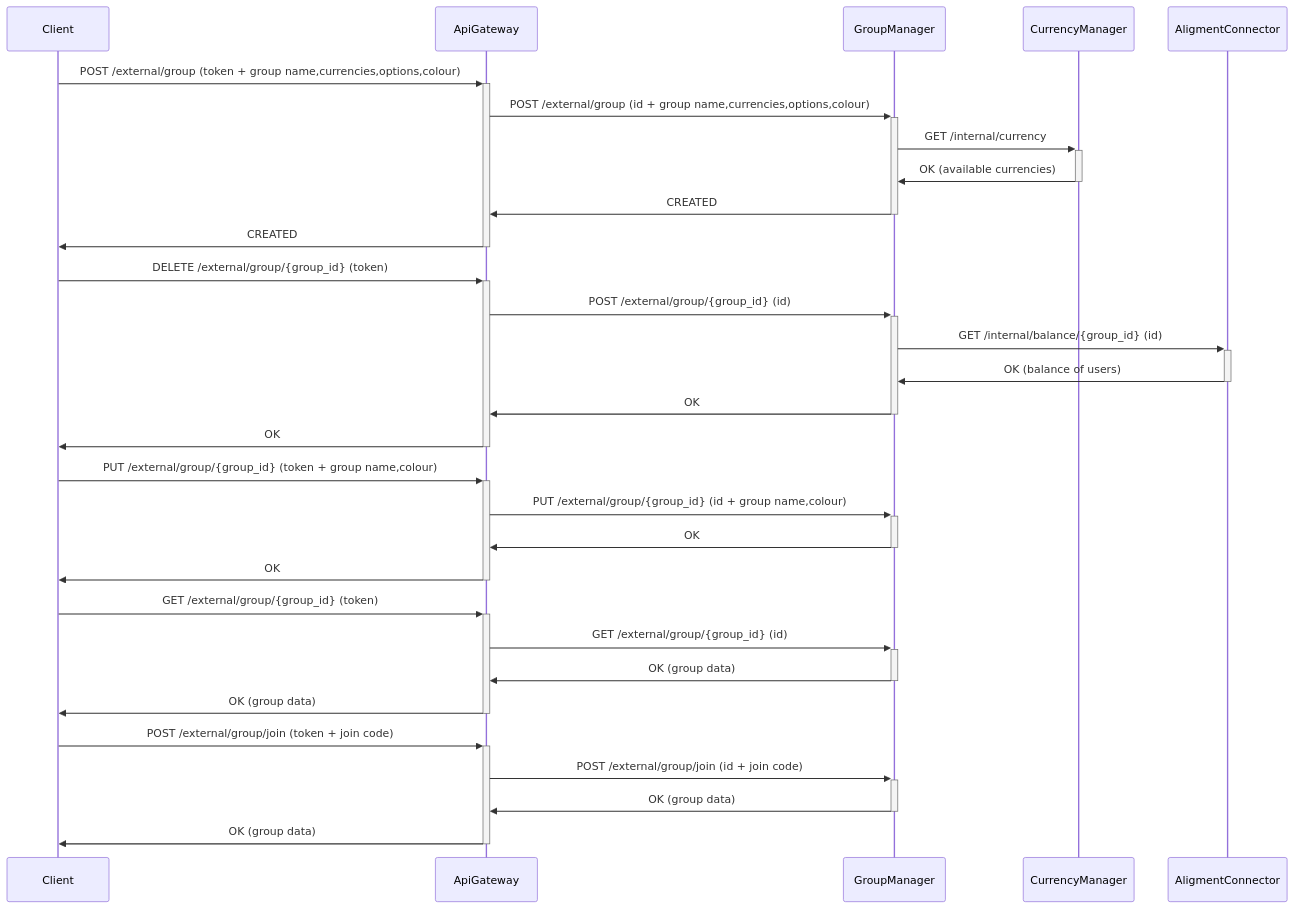
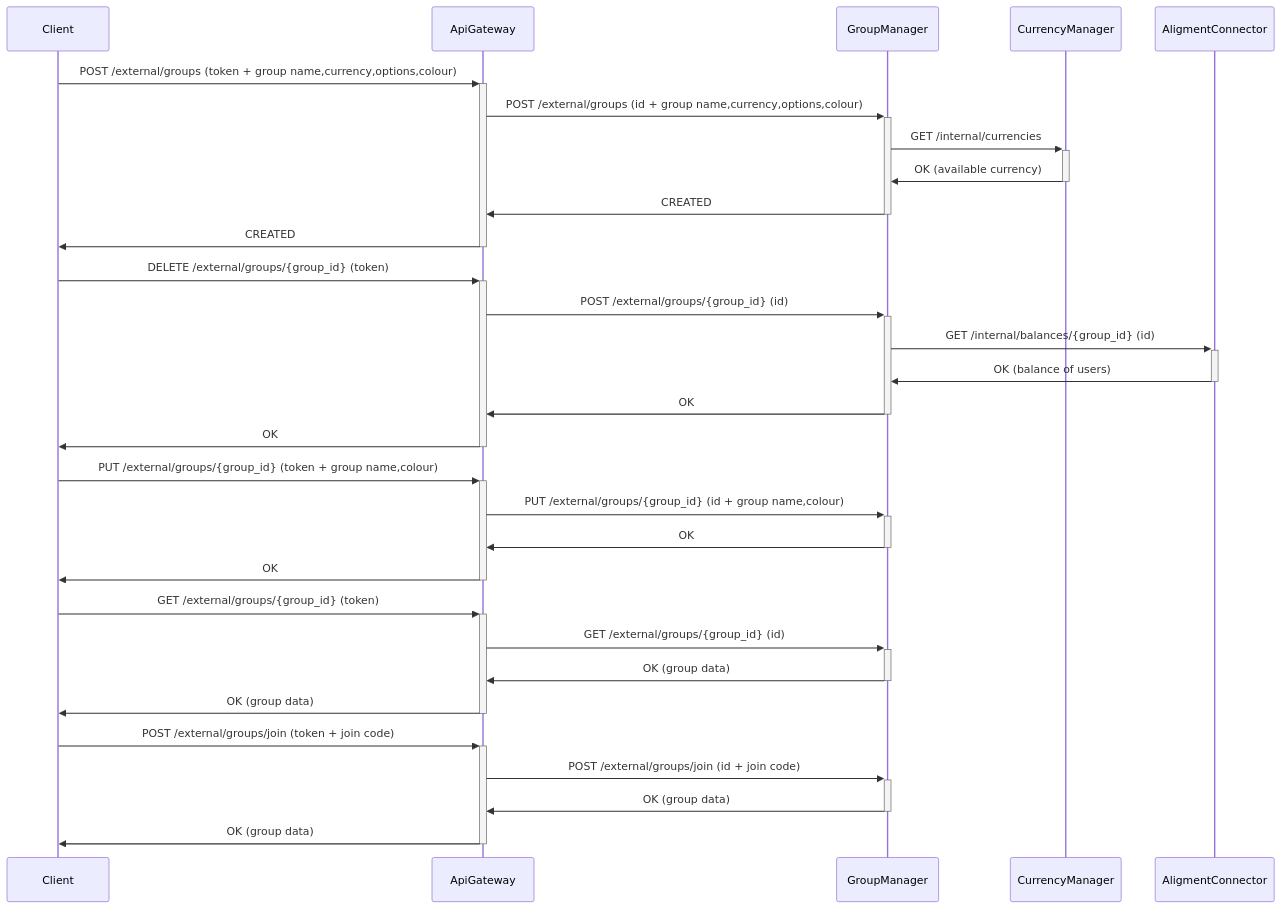
One commit to Group-Expense-Manager/gem-docs changed the fourth of 10 diagrams in docs/diagrams.md. Above: the diagram before and after it, drawn with Mermaid. The commit also changed other lines of this file and 1 other file, not shown here.

Commit message:
added Expense Manager contract

````diff
--- a/docs/diagrams.md
+++ b/docs/diagrams.md
@@ -129,32 +129,32 @@
 ``` mermaid
 sequenceDiagram
 
-Client->>+ApiGateway: POST /external/group (token + group name,currencies,options,colour)
-ApiGateway->>+GroupManager:  POST /external/group (id + group name,currencies,options,colour)
-GroupManager->>+CurrencyManager: GET /internal/currency
-CurrencyManager->>-GroupManager: OK (available currencies)
+Client->>+ApiGateway: POST /external/groups (token + group name,currency,options,colour)
+ApiGateway->>+GroupManager:  POST /external/groups (id + group name,currency,options,colour)
+GroupManager->>+CurrencyManager: GET /internal/currencies
+CurrencyManager->>-GroupManager: OK (available currency)
 GroupManager->>-ApiGateway: CREATED
 ApiGateway->>-Client: CREATED
 
-Client->>+ApiGateway: DELETE /external/group/{group_id} (token)
-ApiGateway->>+GroupManager:  POST /external/group/{group_id} (id)
-GroupManager->>+AligmentConnector: GET /internal/balance/{group_id} (id)
+Client->>+ApiGateway: DELETE /external/groups/{group_id} (token)
+ApiGateway->>+GroupManager:  POST /external/groups/{group_id} (id)
+GroupManager->>+AligmentConnector: GET /internal/balances/{group_id} (id)
 AligmentConnector->>-GroupManager: OK (balance of users)
 GroupManager->>-ApiGateway: OK
 ApiGateway->>-Client: OK
 
-Client->>+ApiGateway: PUT /external/group/{group_id} (token + group name,colour)
-ApiGateway->>+GroupManager:  PUT /external/group/{group_id} (id + group name,colour)
+Client->>+ApiGateway: PUT /external/groups/{group_id} (token + group name,colour)
+ApiGateway->>+GroupManager:  PUT /external/groups/{group_id} (id + group name,colour)
 GroupManager->>-ApiGateway: OK
 ApiGateway->>-Client: OK
 
-Client->>+ApiGateway: GET /external/group/{group_id} (token)
-ApiGateway->>+GroupManager:  GET /external/group/{group_id} (id)
+Client->>+ApiGateway: GET /external/groups/{group_id} (token)
+ApiGateway->>+GroupManager:  GET /external/groups/{group_id} (id)
 GroupManager->>-ApiGateway: OK (group data)
 ApiGateway->>-Client: OK (group data)
 
-Client->>+ApiGateway: POST /external/group/join (token + join code)
-ApiGateway->>+GroupManager:  POST /external/group/join (id + join code)
+Client->>+ApiGateway: POST /external/groups/join (token + join code)
+ApiGateway->>+GroupManager:  POST /external/groups/join (id + join code)
 GroupManager->>-ApiGateway: OK (group data)
 ApiGateway->>-Client: OK (group data)
 ```
````
